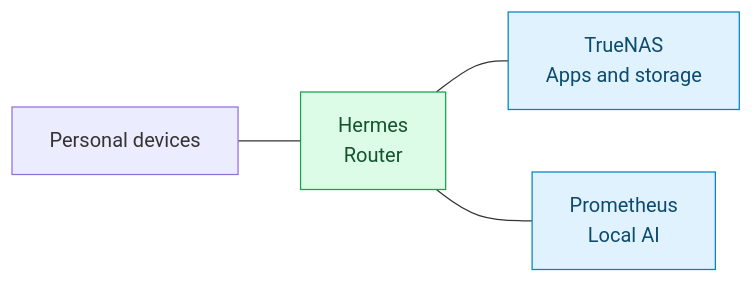
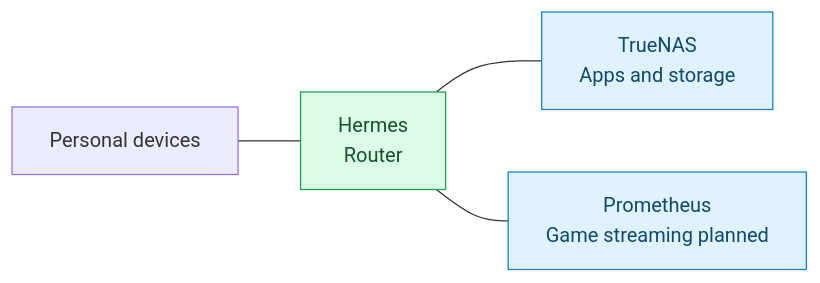
One commit to AldogPlays/Homelab changed the diagram in README.md. Above: the diagram before and after it, drawn with Mermaid. The commit also changed other lines of this file and 14 other files, not shown here.

Commit message:
Retire local AI services and document game-streaming plans

````diff
--- a/README.md
+++ b/README.md
@@ -9,11 +9,11 @@
 ```mermaid
 flowchart LR
     Devices["Personal devices"] --- Router["Hermes<br/>Router"]
     Router --- NAS["TrueNAS<br/>Apps and storage"]
-    Router --- AI["Prometheus<br/>Local AI"]
+    Router --- Gaming["Prometheus<br/>Game streaming planned"]
 
     classDef host fill:#e0f2fe,stroke:#0284c7,color:#0c4a6e
     classDef router fill:#dcfce7,stroke:#16a34a,color:#14532d
-    class NAS,AI host
+    class NAS,Gaming host
     class Router router
 ```
````
